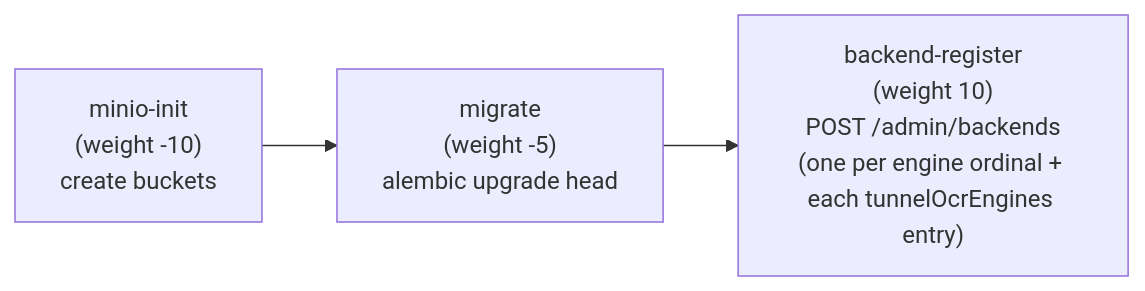
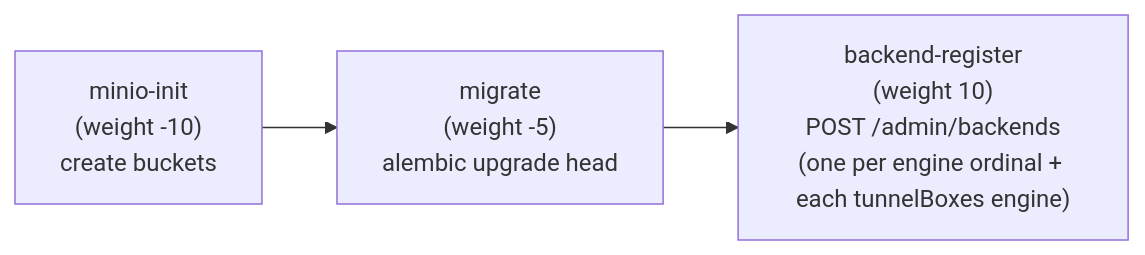
The second of 4 diagrams in deploy/helm/taas/ARCHITECTURE.md (moravianlibrary/tuzka-as-a-service), drawn with Mermaid before and after one commit. The commit also changed other lines of this file and 83 other files, not shown here.

````diff
--- a/deploy/helm/taas/ARCHITECTURE.md
+++ b/deploy/helm/taas/ARCHITECTURE.md
@@ -71,4 +71,4 @@
 ```mermaid
 flowchart LR
-    A["minio-init\n(weight -10)\ncreate buckets"] --> B["migrate\n(weight -5)\nalembic upgrade head"] --> C["backend-register\n(weight 10)\nPOST /admin/backends\n(one per engine ordinal + each tunnelOcrEngines entry)"]
+    A["minio-init\n(weight -10)\ncreate buckets"] --> B["migrate\n(weight -5)\nalembic upgrade head"] --> C["backend-register\n(weight 10)\nPOST /admin/backends\n(one per engine ordinal + each tunnelBoxes engine)"]
 ```
````
